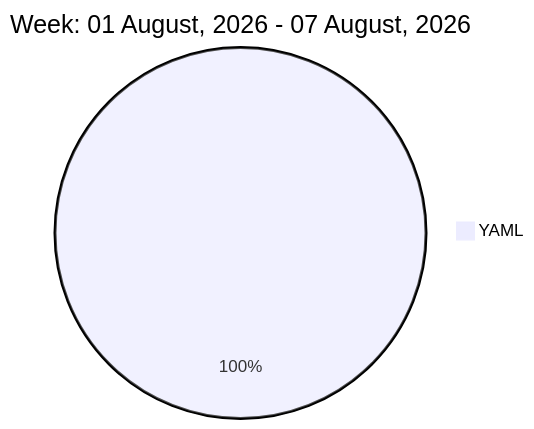
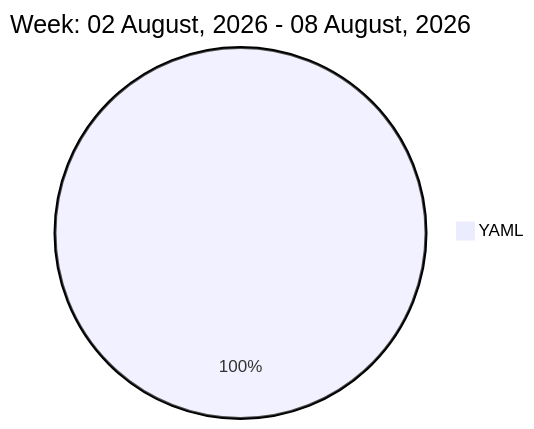
One commit to liubin95/liubin95 changed the diagram in README.md. Above: the diagram before and after it, drawn with Mermaid.

Commit message:
Updated the Graph with new Metrics

````diff
--- a/README.md
+++ b/README.md
@@ -32,5 +32,5 @@
 ```mermaid
  pie
-title Week: 01 August, 2026 - 07 August, 2026
+title Week: 02 August, 2026 - 08 August, 2026
  "YAML" : 5.48
 ```
````
